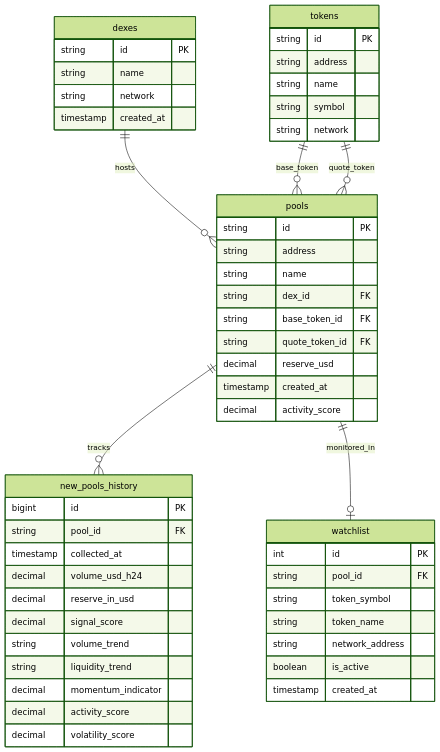
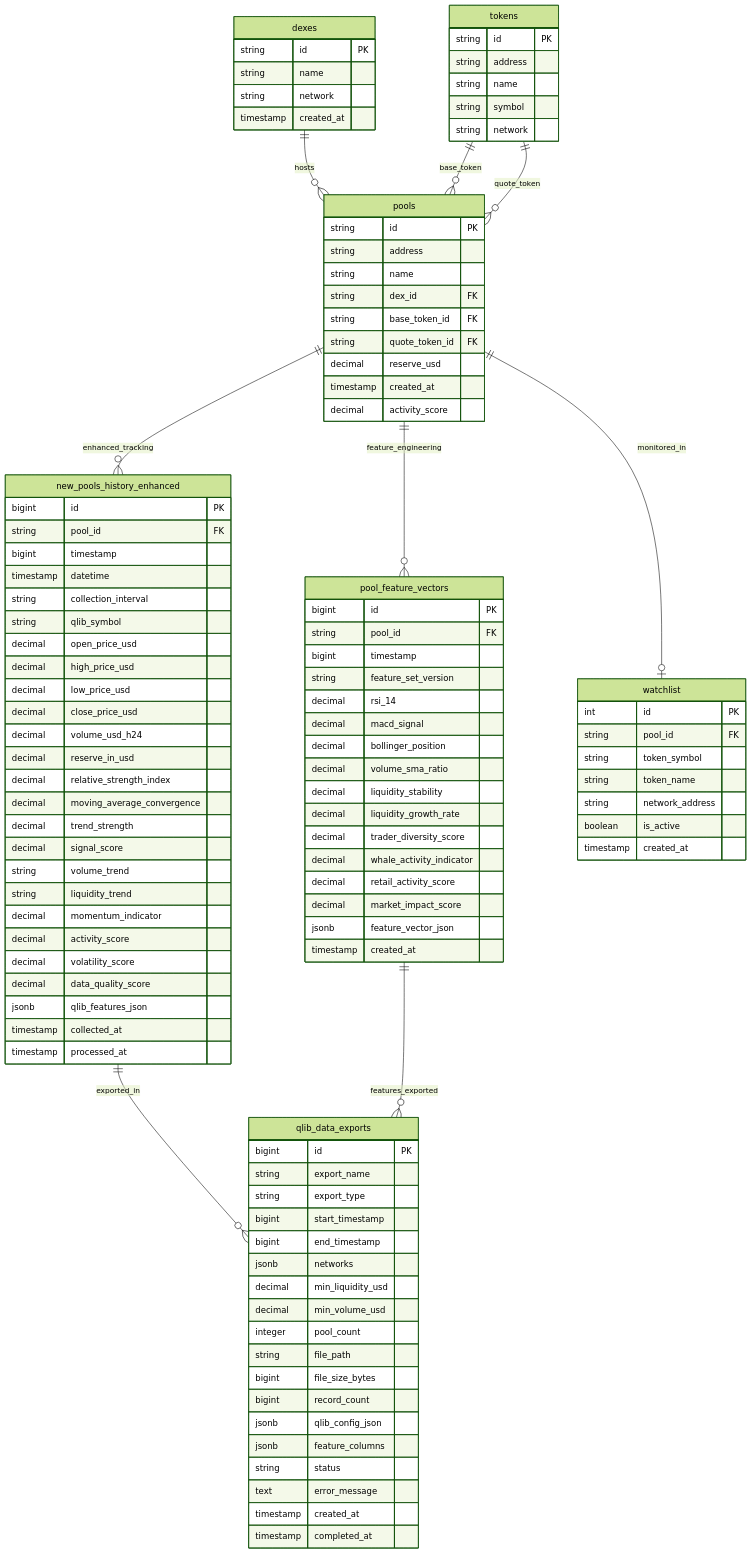
One commit to snogcel/geckoterminal_collector changed the third of 7 diagrams in specs/v4/SYSTEM_ARCHITECTURE_DIAGRAM.md. Above: the diagram before and after it, drawn with Mermaid (forest theme). The commit also changed other lines of this file and 2 other files, not shown here.

````diff
--- a/specs/v4/SYSTEM_ARCHITECTURE_DIAGRAM.md
+++ b/specs/v4/SYSTEM_ARCHITECTURE_DIAGRAM.md
@@ -54,18 +158,72 @@
         decimal activity_score
     }
     
-    new_pools_history {
+    new_pools_history_enhanced {
         bigint id PK
         string pool_id FK
-        timestamp collected_at
+        bigint timestamp
+        timestamp datetime
+        string collection_interval
+        string qlib_symbol
+        decimal open_price_usd
+        decimal high_price_usd
+        decimal low_price_usd
+        decimal close_price_usd
         decimal volume_usd_h24
         decimal reserve_in_usd
+        decimal relative_strength_index
+        decimal moving_average_convergence
+        decimal trend_strength
         decimal signal_score
         string volume_trend
         string liquidity_trend
         decimal momentum_indicator
         decimal activity_score
         decimal volatility_score
+        decimal data_quality_score
+        jsonb qlib_features_json
+        timestamp collected_at
+        timestamp processed_at
+    }
+    
+    pool_feature_vectors {
+        bigint id PK
+        string pool_id FK
+        bigint timestamp
+        string feature_set_version
+        decimal rsi_14
+        decimal macd_signal
+        decimal bollinger_position
+        decimal volume_sma_ratio
+        decimal liquidity_stability
+        decimal liquidity_growth_rate
+        decimal trader_diversity_score
+        decimal whale_activity_indicator
+        decimal retail_activity_score
+        decimal market_impact_score
+        jsonb feature_vector_json
+        timestamp created_at
+    }
+    
+    qlib_data_exports {
+        bigint id PK
+        string export_name
+        string export_type
+        bigint start_timestamp
+        bigint end_timestamp
+        jsonb networks
+        decimal min_liquidity_usd
+        decimal min_volume_usd
+        integer pool_count
+        string file_path
+        bigint file_size_bytes
+        bigint record_count
+        jsonb qlib_config_json
+        jsonb feature_columns
+        string status
+        text error_message
+        timestamp created_at
+        timestamp completed_at
     }
     
     watchlist {
@@ -93,9 +251,12 @@
         string network
     }
     
-    pools ||--o{ new_pools_history : "tracks"
+    pools ||--o{ new_pools_history_enhanced : "enhanced_tracking"
+    pools ||--o{ pool_feature_vectors : "feature_engineering"
     pools ||--o| watchlist : "monitored_in"
     dexes ||--o{ pools : "hosts"
     tokens ||--o{ pools : "base_token"
     tokens ||--o{ pools : "quote_token"
+    new_pools_history_enhanced ||--o{ qlib_data_exports : "exported_in"
+    pool_feature_vectors ||--o{ qlib_data_exports : "features_exported"
 ```
````
